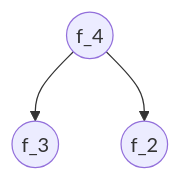
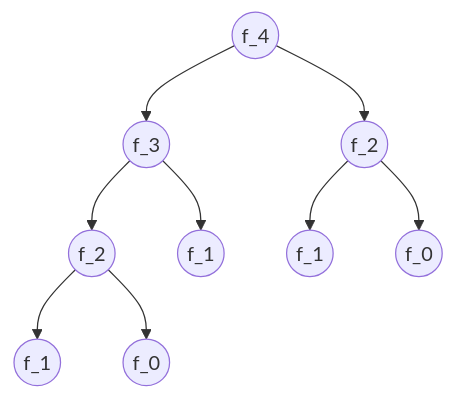
One commit to YCChenVictor/blog-frontend changed the diagram in _posts/software/data_structure_and_algorithm/2022-05-02-complexity.md. Above: the diagram before and after it, drawn with Mermaid. The commit also changed other lines of this file and 9 other files, not shown here.

```diff
--- a/_posts/software/data_structure_and_algorithm/2022-05-02-complexity.md
+++ b/_posts/software/data_structure_and_algorithm/2022-05-02-complexity.md
@@ -231,5 +227,14 @@
-<div class="mermaid">
-graph TD
-  id1((f_4)) --> id2((f_3))
-  id1((f_4)) --> id3((f_2))
-</div>
+  <div class="mermaid">
+  graph TD
+    id1((f_4)) --> id2((f_3))
+    id1((f_4)) --> id3((f_2))
+  
+    id2((f_3)) --> id4((f_2))
+    id2((f_3)) --> id5((f_1))
+  
+    id4((f_2)) --> id6((f_1))
+    id4((f_2)) --> id7((f_0))
+  
+    id3((f_2)) --> id8((f_1))
+    id3((f_2)) --> id9((f_0))
+  </div>
```
